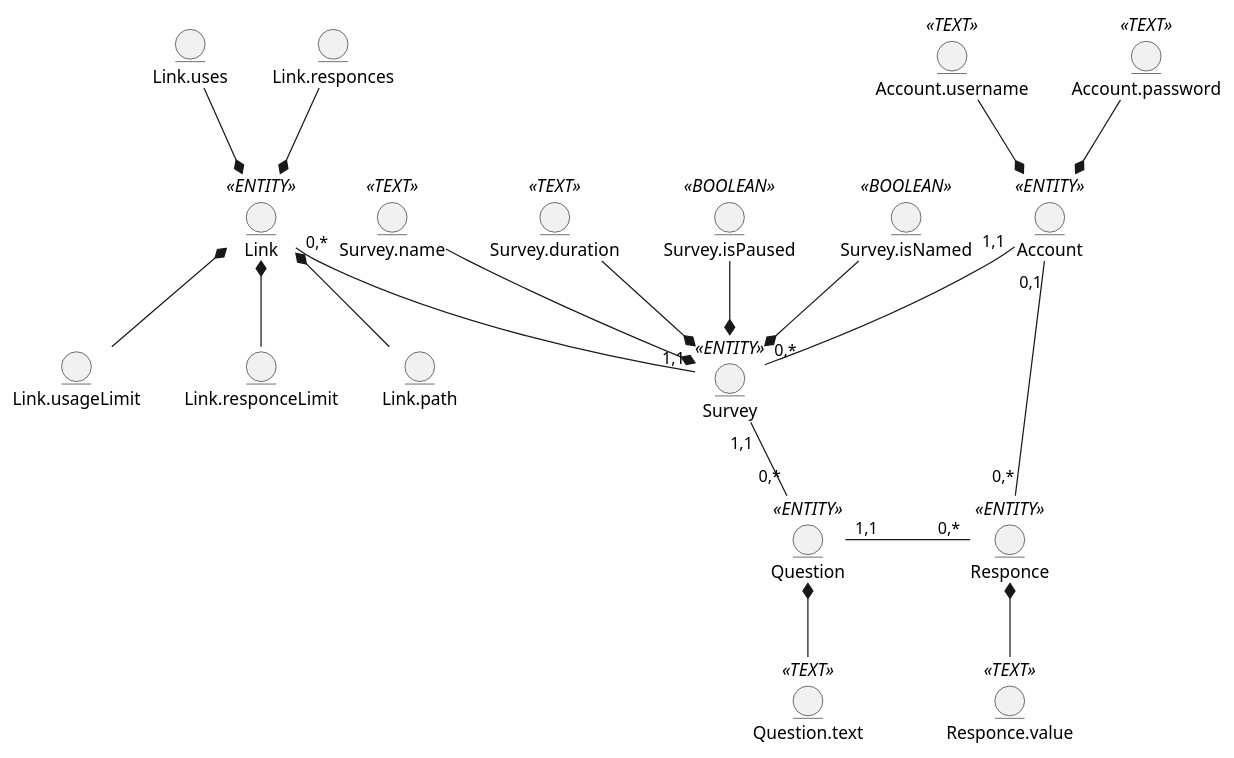
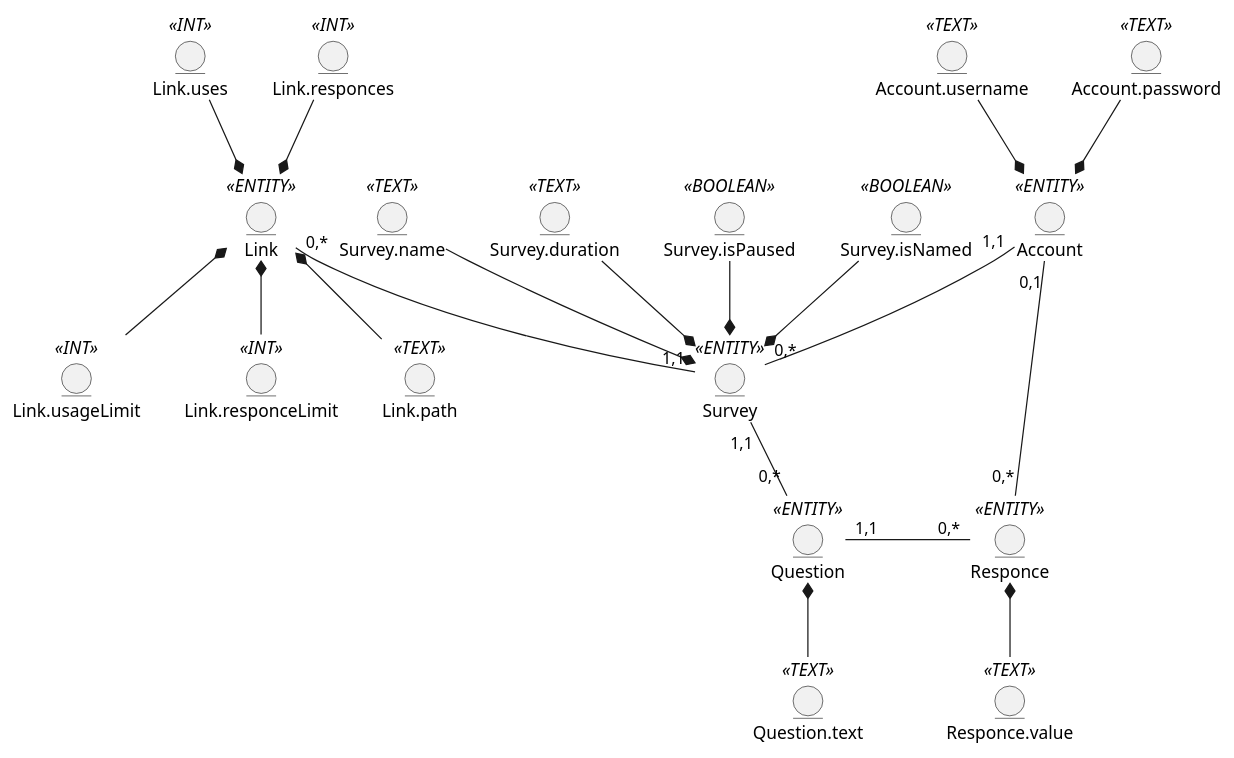
The first of 2 diagrams in docs/design/README.md (victoriavodyana/edu-dis-labs-vodyana), drawn with PlantUML before and after one commit.

Commit message:
лаб4: додав типи даних полів посилання на BE-моделі

```diff
--- a/docs/design/README.md
+++ b/docs/design/README.md
@@ -12,50 +12,50 @@
 @startuml
 
 entity Account <<ENTITY>>
 entity Account.username <<TEXT>>
 entity Account.password <<TEXT>>
 
 entity Survey <<ENTITY>>
 entity Survey.name <<TEXT>>
 entity Survey.duration <<TEXT>>
 entity Survey.isPaused <<BOOLEAN>>
 entity Survey.isNamed <<BOOLEAN>>
 
 entity Question <<ENTITY>>
 entity Question.text <<TEXT>>
 
 entity Responce <<ENTITY>>
 entity Responce.value <<TEXT>>
 
 entity Link <<ENTITY>>
-entity Link.usageLimit
-entity Link.responceLimit
-entity Link.uses
-entity Link.responces
-entity Link.path
+entity Link.usageLimit <<INT>>
+entity Link.responceLimit <<INT>>
+entity Link.uses <<INT>>
+entity Link.responces <<INT>>
+entity Link.path <<TEXT>>
 
 Account.username --* Account
 Account.password --* Account
 
 Survey.name --* Survey
 Survey.duration --* Survey
 Survey.isPaused --* Survey
 Survey.isNamed --* Survey
 
 Link.usageLimit -u-* Link
 Link.responceLimit -u-* Link
 Link.uses --* Link
 Link.responces --* Link
 Link.path -u-* Link
 
 Responce.value -u-* Responce
 
 Question.text -u-* Question
 
 Account "1,1" -- "0,*" Survey
 Survey "1,1" -- "0,*" Question
 Question "1,1" -r- "0,*" Responce
 Account "0,1" -r- "0,*" Responce
 Link "0,*" -- "1,1" Survey
 
 @enduml
```
